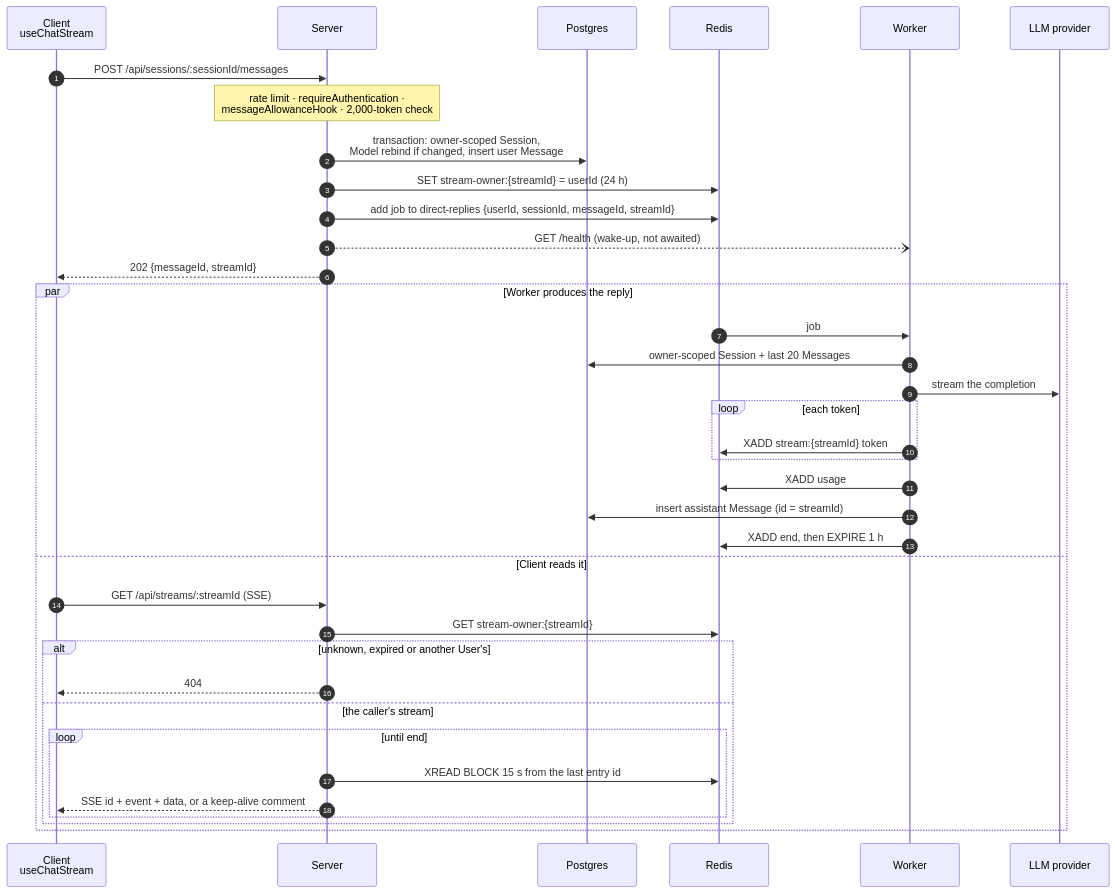
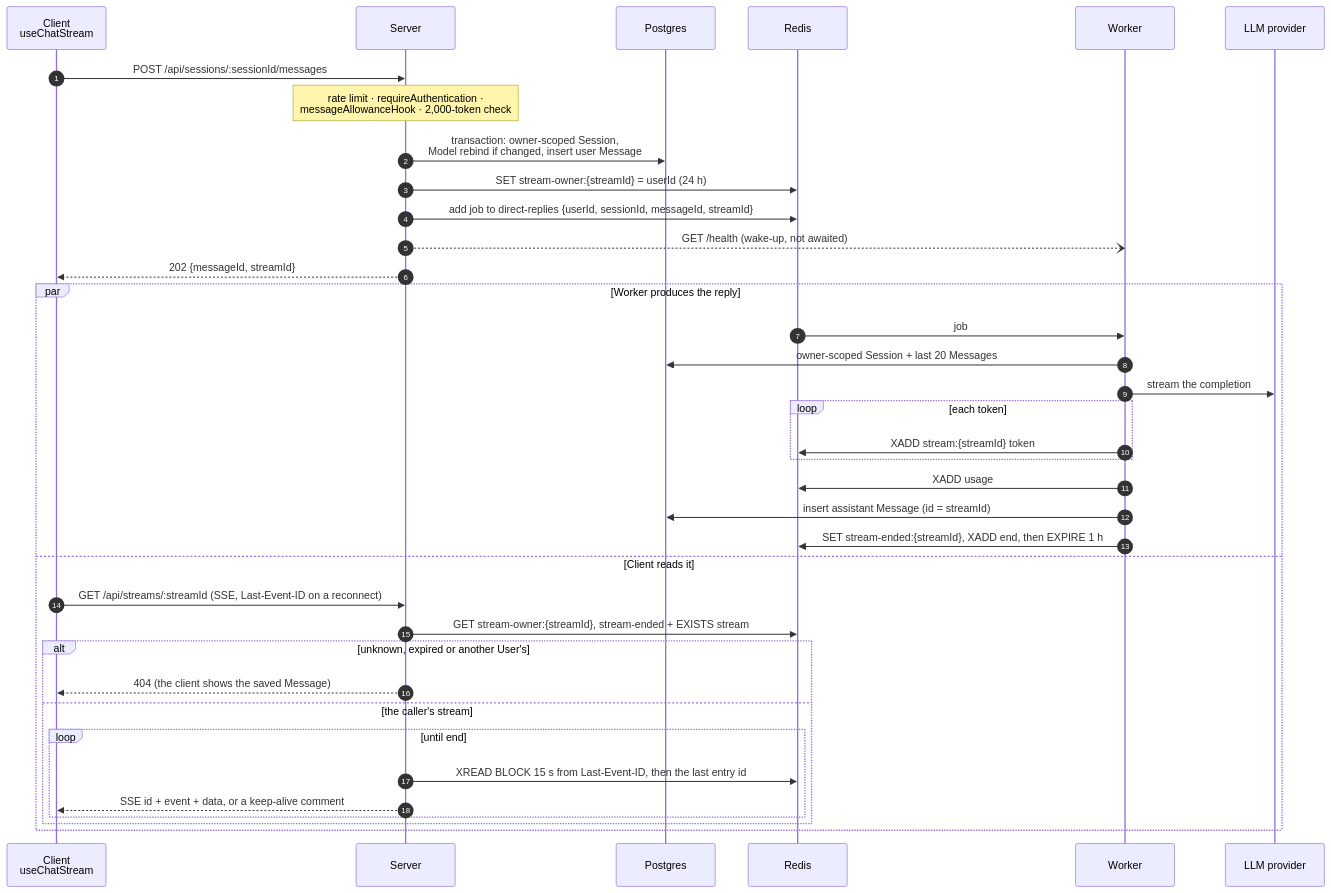
One commit to itsDaiton/nebula-chat changed the sixth of 8 diagrams in docs/architecture.md. Above: the diagram before and after it, drawn with Mermaid. The commit also changed other lines of this file and 71 other files, not shown here.

````diff
--- a/docs/architecture.md
+++ b/docs/architecture.md
@@ -231,41 +234,41 @@
 ```mermaid
 sequenceDiagram
   autonumber
   participant C as Client<br/>useChatStream
   participant S as Server
   participant PG as Postgres
   participant R as Redis
   participant W as Worker
   participant L as LLM provider
 
   C->>S: POST /api/sessions/:sessionId/messages
   Note over S: rate limit · requireAuthentication ·<br/>messageAllowanceHook · 2,000-token check
   S->>PG: transaction: owner-scoped Session,<br/>Model rebind if changed, insert user Message
   S->>R: SET stream-owner:{streamId} = userId (24 h)
   S->>R: add job to direct-replies {userId, sessionId, messageId, streamId}
   S--)W: GET /health (wake-up, not awaited)
   S-->>C: 202 {messageId, streamId}
 
   par Worker produces the reply
     R->>W: job
     W->>PG: owner-scoped Session + last 20 Messages
     W->>L: stream the completion
     loop each token
       W->>R: XADD stream:{streamId} token
     end
     W->>R: XADD usage
     W->>PG: insert assistant Message (id = streamId)
-    W->>R: XADD end, then EXPIRE 1 h
+    W->>R: SET stream-ended:{streamId}, XADD end, then EXPIRE 1 h
   and Client reads it
-    C->>S: GET /api/streams/:streamId (SSE)
-    S->>R: GET stream-owner:{streamId}
+    C->>S: GET /api/streams/:streamId (SSE, Last-Event-ID on a reconnect)
+    S->>R: GET stream-owner:{streamId}, stream-ended + EXISTS stream
     alt unknown, expired or another User's
-      S-->>C: 404
+      S-->>C: 404 (the client shows the saved Message)
     else the caller's stream
       loop until end
-        S->>R: XREAD BLOCK 15 s from the last entry id
+        S->>R: XREAD BLOCK 15 s from Last-Event-ID, then the last entry id
         S-->>C: SSE id + event + data, or a keep-alive comment
       end
     end
   end
 ```
````
